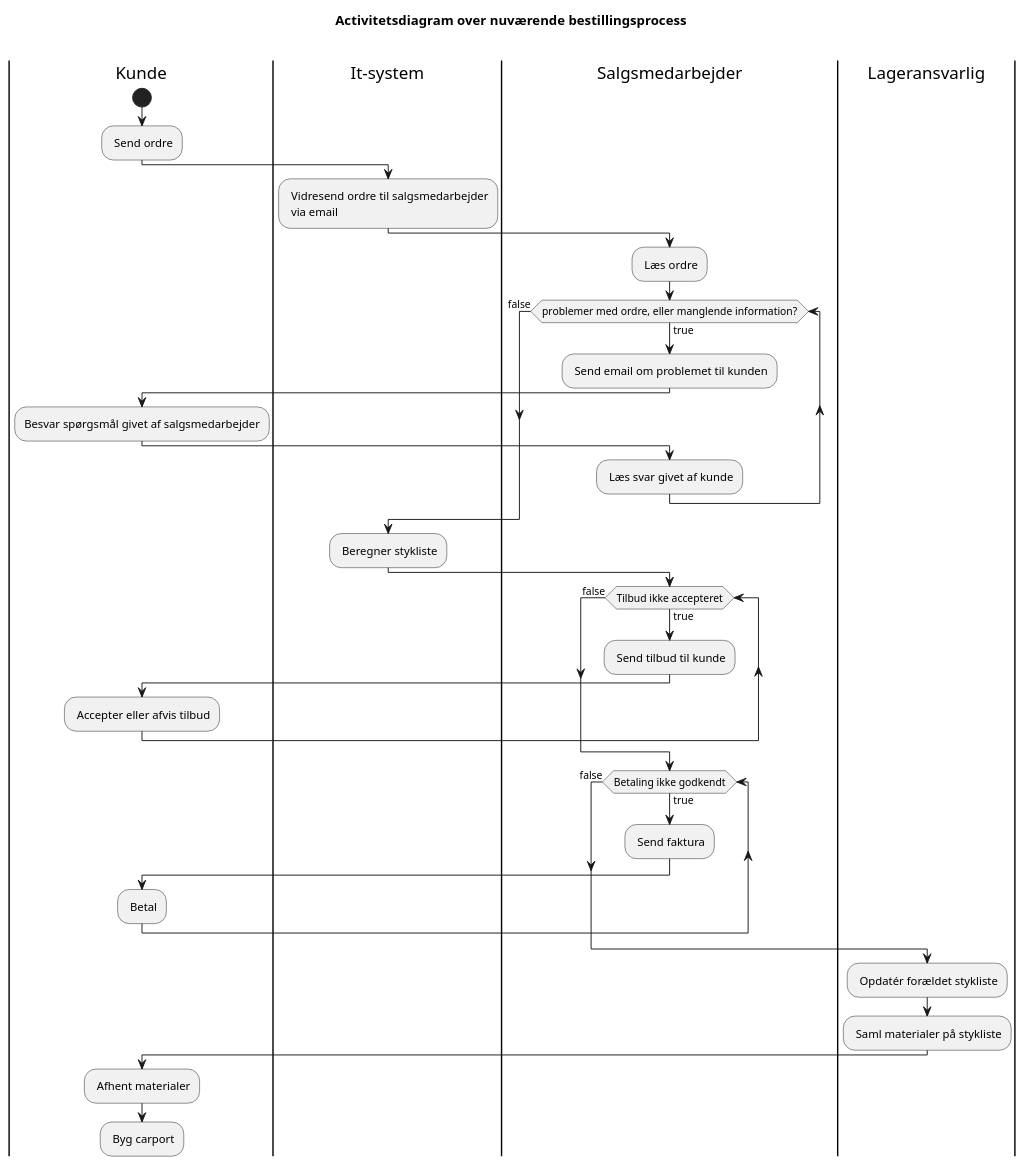
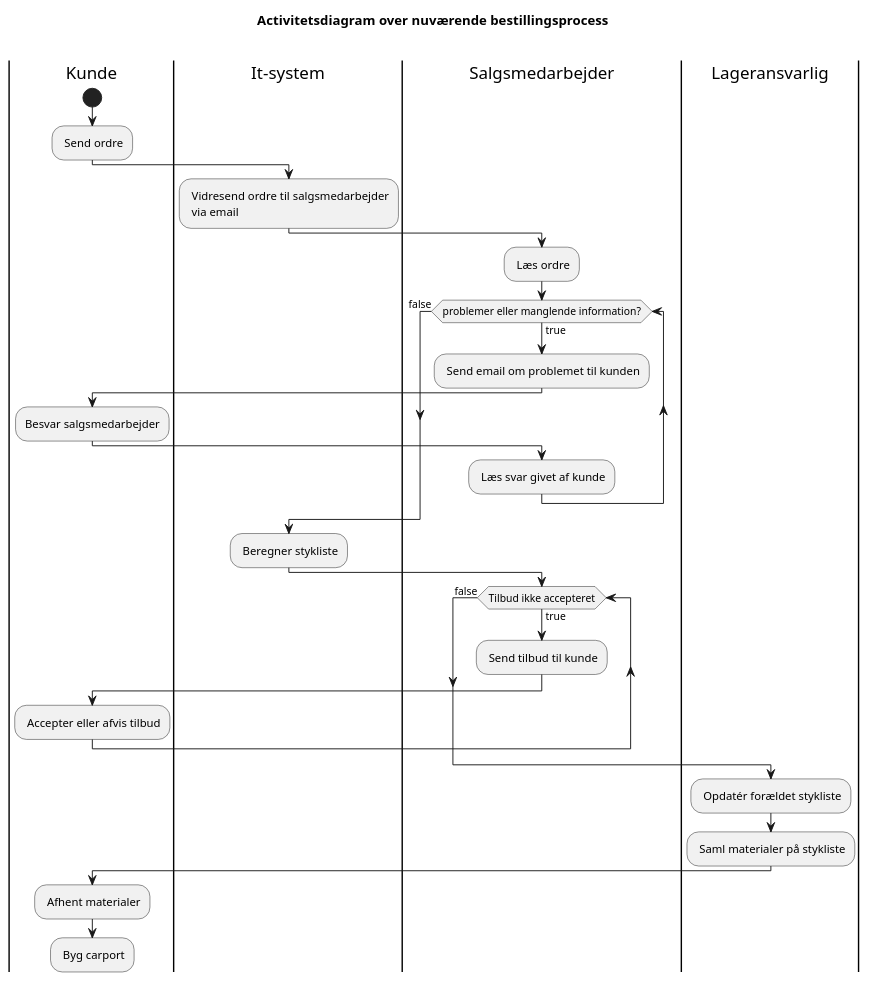
The diagram in documentation/as_is_activity.puml (Thomas-Rosenkrans-Vestergaard/fog), drawn with PlantUML before and after one commit. The commit also changed 1 other file, not shown here.

Commit message:
slimmed down as_is_activity diagram

```diff
--- a/documentation/as_is_activity.puml
+++ b/documentation/as_is_activity.puml
@@ -1,40 +1,34 @@
 @startuml
 
 title Activitetsdiagram over nuværende bestillingsprocess \n
 
 |Kunde|
 start
 : Send ordre;
 |It-system|
 : Vidresend ordre til salgsmedarbejder
  via email;
 |Salgsmedarbejder|
 : Læs ordre;
-while (problemer med ordre, eller manglende information?) is (true)
+while (problemer eller manglende information?) is (true)
     : Send email om problemet til kunden;
     |Kunde|
-    :Besvar spørgsmål givet af salgsmedarbejder;
+    :Besvar salgsmedarbejder;
     |Salgsmedarbejder|
     : Læs svar givet af kunde;
 endwhile (false)
 |It-system|
 : Beregner stykliste;
 |Salgsmedarbejder|
 while (Tilbud ikke accepteret) is (true)
 : Send tilbud til kunde;
 |Kunde|
 : Accepter eller afvis tilbud;
 endwhile (false)
-|Salgsmedarbejder|
-while (Betaling ikke godkendt) is (true)
-: Send faktura;
-|Kunde|
-: Betal;
-endwhile (false)
 |Lageransvarlig|
 : Opdatér forældet stykliste;
 : Saml materialer på stykliste;
 |Kunde|
 : Afhent materialer;
 : Byg carport;
 @enduml
```
